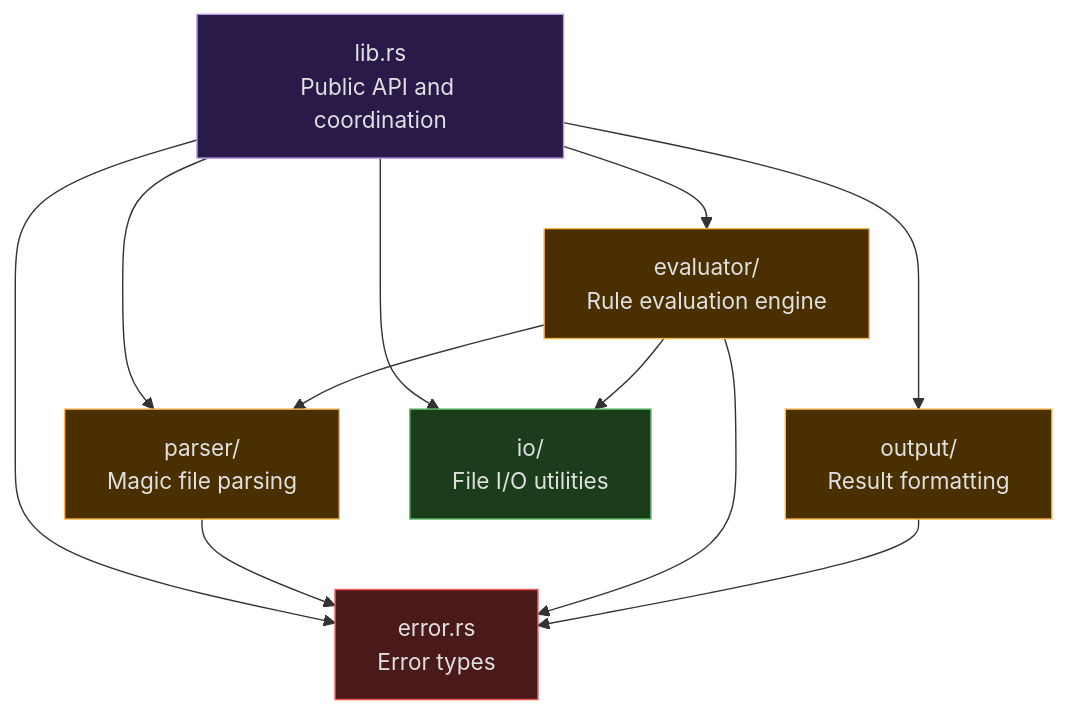
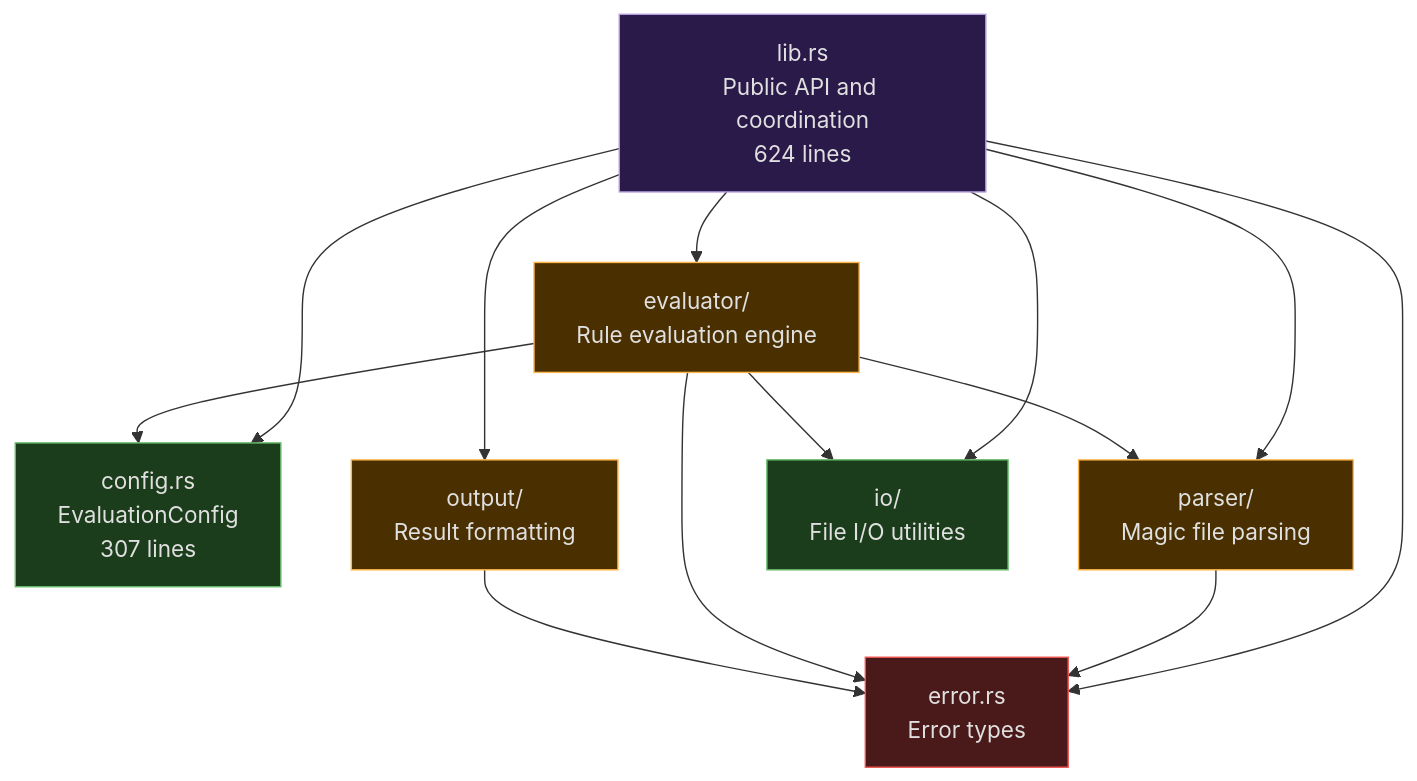
One commit to EvilBit-Labs/libmagic-rs changed the fifth of 5 diagrams in docs/src/architecture.md. Above: the diagram before and after it, drawn with Mermaid. The commit also changed other lines of this file and 3 other files, not shown here.

````diff
--- a/docs/src/architecture.md
+++ b/docs/src/architecture.md
@@ -397,22 +426,26 @@
 ```mermaid
 flowchart TD
-    L[lib.rs<br/>Public API and coordination]
+    L[lib.rs<br/>Public API and coordination<br/>624 lines]
+    C[config.rs<br/>EvaluationConfig<br/>307 lines]
+    L --> C
     L --> P[parser/<br/>Magic file parsing]
     L --> E[evaluator/<br/>Rule evaluation engine]
     L --> O[output/<br/>Result formatting]
     L --> I[io/<br/>File I/O utilities]
     L --> ER[error.rs<br/>Error types]
 
     P --> ER
     E --> P
+    E --> C
     E --> I
     E --> ER
     O --> ER
 
     style L fill:#2a1a4a,stroke:#b39ddb,color:#e0e0e0
+    style C fill:#1b3d1b,stroke:#66bb6a,color:#e0e0e0
     style P fill:#4a3000,stroke:#ffb74d,color:#e0e0e0
     style E fill:#4a3000,stroke:#ffb74d,color:#e0e0e0
     style O fill:#4a3000,stroke:#ffb74d,color:#e0e0e0
     style I fill:#1b3d1b,stroke:#66bb6a,color:#e0e0e0
     style ER fill:#4a1a1a,stroke:#ef5350,color:#e0e0e0
 ```
````
